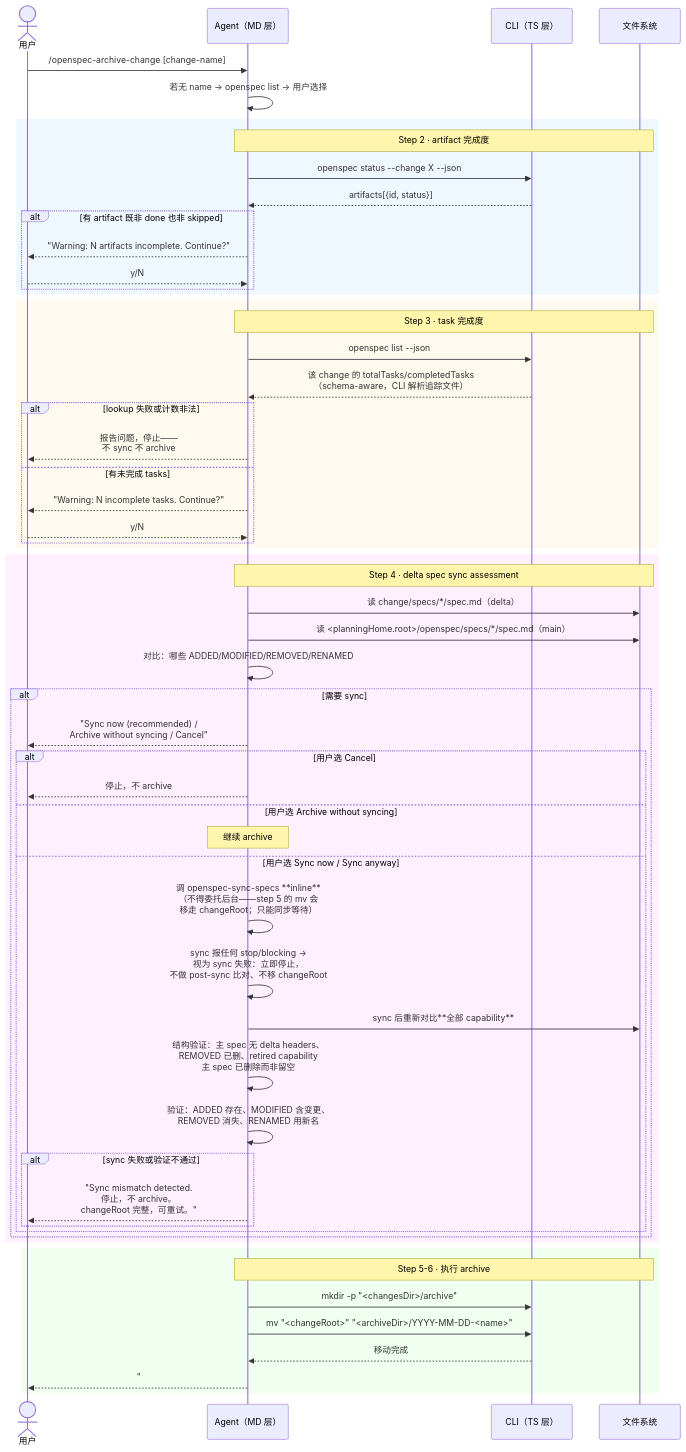
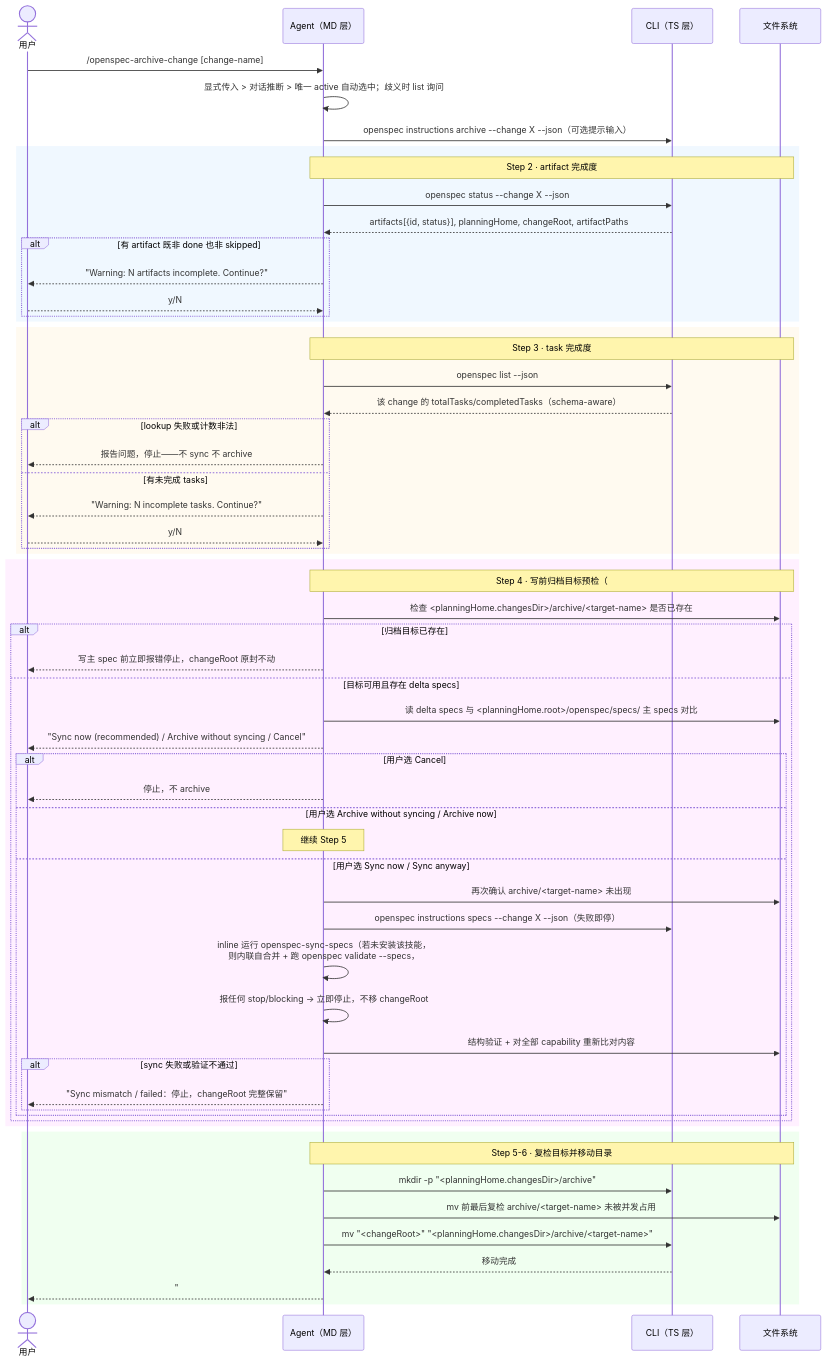
One commit to ethan-jiang-3/OpenSpec changed the diagram in _digested/workflows/09-archive.md. Above: the diagram before and after it, drawn with Mermaid. The commit also changed other lines of this file and 190 other files, not shown here.

````diff
--- a/_digested/workflows/09-archive.md
+++ b/_digested/workflows/09-archive.md
@@ -53,64 +53,67 @@
 ```mermaid
 sequenceDiagram
     actor User as 用户
     participant MD as Agent（MD 层）
     participant TS as CLI（TS 层）
     participant FS as 文件系统
 
     User->>MD: /openspec-archive-change [change-name]
-    MD->>MD: 若无 name → openspec list → 用户选择
+    MD->>MD: 显式传入 > 对话推断 > 唯一 active 自动选中；歧义时 list 询问
+    MD->>TS: openspec instructions archive --change X --json（可选提示输入）
 
     rect rgb(240, 248, 255)
         Note over MD,FS: Step 2 · artifact 完成度
         MD->>TS: openspec status --change X --json
-        TS-->>MD: artifacts[{id, status}]
+        TS-->>MD: artifacts[{id, status}], planningHome, changeRoot, artifactPaths
         alt 有 artifact 既非 done 也非 skipped
             MD-->>User: "Warning: N artifacts incomplete. Continue?"
             User-->>MD: y/N
         end
     end
 
     rect rgb(255, 250, 240)
         Note over MD,FS: Step 3 · task 完成度
         MD->>TS: openspec list --json
-        TS-->>MD: 该 change 的 totalTasks/completedTasks<br/>（schema-aware，CLI 解析追踪文件）
+        TS-->>MD: 该 change 的 totalTasks/completedTasks（schema-aware）
         alt lookup 失败或计数非法
-            MD-->>User: 报告问题，停止——<br/>不 sync 不 archive
+            MD-->>User: 报告问题，停止——不 sync 不 archive
         else 有未完成 tasks
             MD-->>User: "Warning: N incomplete tasks. Continue?"
             User-->>MD: y/N
         end
     end
 
     rect rgb(255, 240, 255)
-        Note over MD,FS: Step 4 · delta spec sync assessment
-        MD->>FS: 读 change/specs/*/spec.md（delta）
-        MD->>FS: 读 <planningHome.root>/openspec/specs/*/spec.md（main）
-        MD->>MD: 对比：哪些 ADDED/MODIFIED/REMOVED/RENAMED
-        alt 需要 sync
-            MD-->>User: "Sync now (recommended) /<br/>Archive without syncing / Cancel"
+        Note over MD,FS: Step 4 · 写前归档目标预检（#2277）+ delta spec sync
+        MD->>FS: 检查 <planningHome.changesDir>/archive/<target-name> 是否已存在
+        alt 归档目标已存在
+            MD-->>User: 写主 spec 前立即报错停止，changeRoot 原封不动
+        else 目标可用且存在 delta specs
+            MD->>FS: 读 delta specs 与 <planningHome.root>/openspec/specs/ 主 specs 对比
+            MD-->>User: "Sync now (recommended) / Archive without syncing / Cancel"
             alt 用户选 Cancel
                 MD-->>User: 停止，不 archive
-            else 用户选 Archive without syncing
-                Note over MD: 继续 archive
+            else 用户选 Archive without syncing / Archive now
+                Note over MD: 继续 Step 5
             else 用户选 Sync now / Sync anyway
-                MD->>MD: 调 openspec-sync-specs **inline**<br/>（不得委托后台——step 5 的 mv 会<br/>移走 changeRoot；只能同步等待）
-                MD->>MD: sync 报任何 stop/blocking →<br/>视为 sync 失败：立即停止，<br/>不做 post-sync 比对、不移 changeRoot
-                MD->>FS: sync 后重新对比**全部 capability**
-                MD->>MD: 结构验证：主 spec 无 delta headers、<br/>REMOVED 已删、retired capability<br/>主 spec 已删除而非留空
-                MD->>MD: 验证：ADDED 存在、MODIFIED 含变更、<br/>REMOVED 消失、RENAMED 用新名
+                MD->>FS: 再次确认 archive/<target-name> 未出现
+                MD->>TS: openspec instructions specs --change X --json（失败即停）
+                MD->>MD: inline 运行 openspec-sync-specs（若未安装该技能，<br/>则内联自合并 + 跑 openspec validate --specs，#1977）
+                MD->>MD: 报任何 stop/blocking → 立即停止，不移 changeRoot
+                MD->>FS: 结构验证 + 对全部 capability 重新比对内容
                 alt sync 失败或验证不通过
-                    MD-->>User: "Sync mismatch detected.<br/>停止，不 archive。<br/>changeRoot 完整，可重试。"
+                    MD-->>User: "Sync mismatch / failed：停止，changeRoot 完整保留"
                 end
             end
         end
     end
 
     rect rgb(240, 255, 240)
-        Note over MD,FS: Step 5-6 · 执行 archive
-        MD->>TS: mkdir -p "<changesDir>/archive"
-        MD->>TS: mv "<changeRoot>" "<archiveDir>/YYYY-MM-DD-<name>"
+        Note over MD,FS: Step 5-6 · 复检目标并移动目录
+        MD->>TS: mkdir -p "<planningHome.changesDir>/archive"
+        MD->>FS: mv 前最后复检 archive/<target-name> 未被并发占用
+        MD->>TS: mv "<changeRoot>" "<planningHome.changesDir>/archive/<target-name>"
         TS-->>MD: 移动完成
-        MD-->>User: "## Archive Complete<br/>Change: <name><br/>Specs: ✓ Synced"
+        MD-->>User: "## Archive Complete"
     end
 ```
````
